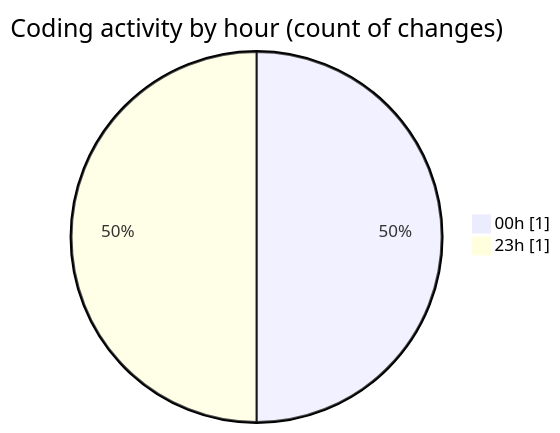
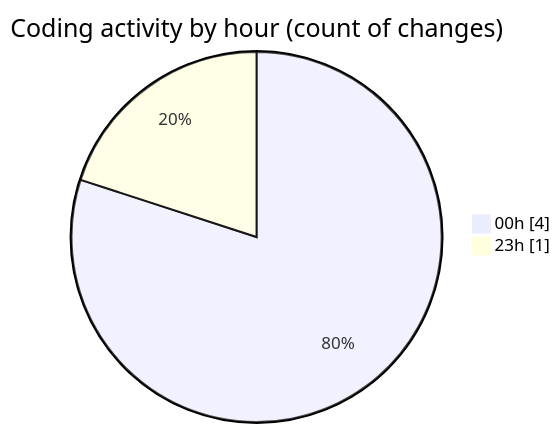
Before and after one commit to donsfak/code-tracking: the second of 2 diagrams in 2025-02-08/portofolio/README.md, drawn with Mermaid. The commit also changed other lines of this file and 1 other file, not shown here.

````diff
--- a/2025-02-08/portofolio/README.md
+++ b/2025-02-08/portofolio/README.md
@@ -28,6 +28,6 @@
 ```mermaid
 pie showData
 title Coding activity by hour (count of changes)
-"00h" : 1
+"00h" : 4
 "23h" : 1
 ```
````
